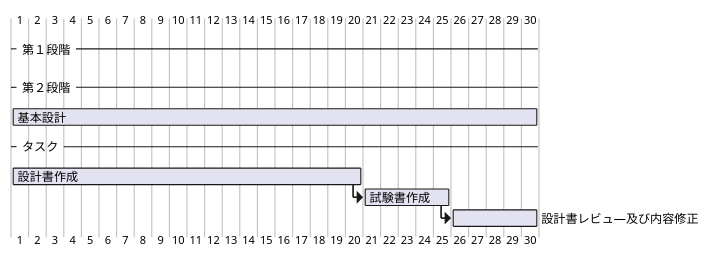
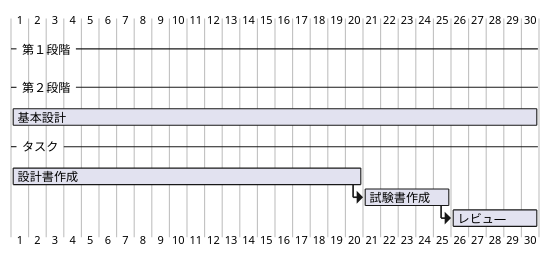
One commit to code-10157/asp.net_core_ver.2 changed the sixth of 9 diagrams in asp_projects/documents/7.要件定義/TaskList-API_BRD.md. Above: the diagram before and after it, drawn with PlantUML. The commit also changed other lines of this file, not shown here.

````diff
--- a/asp_projects/documents/7.要件定義/TaskList-API_BRD.md
+++ b/asp_projects/documents/7.要件定義/TaskList-API_BRD.md
@@ -146,11 +146,11 @@
   ``` plantuml
   @startgantt
   -- 第１段階 --
   -- 第２段階 --
   [基本設計] lasts 30 days
   -- タスク --
   [設計書作成] lasts 20 days
   then [試験書作成] lasts 5 days
-  then [設計書レビュ―及び内容修正] lasts 5 days
+  then [レビュ―] lasts 5 days
   @endgantt
   ```
````
